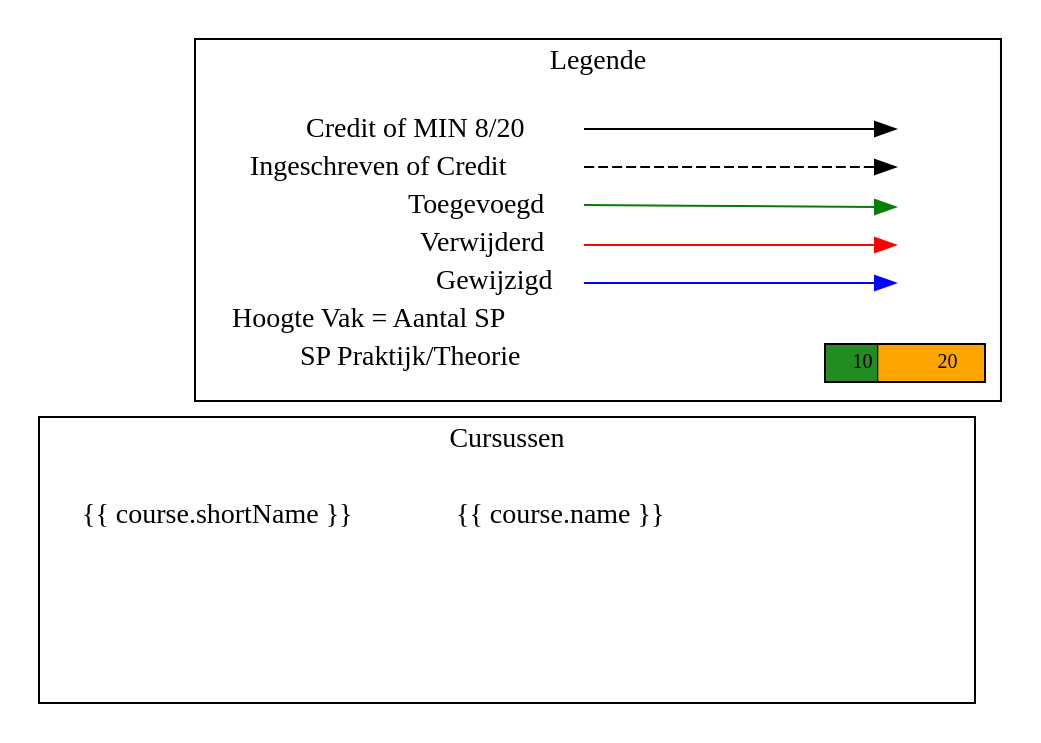
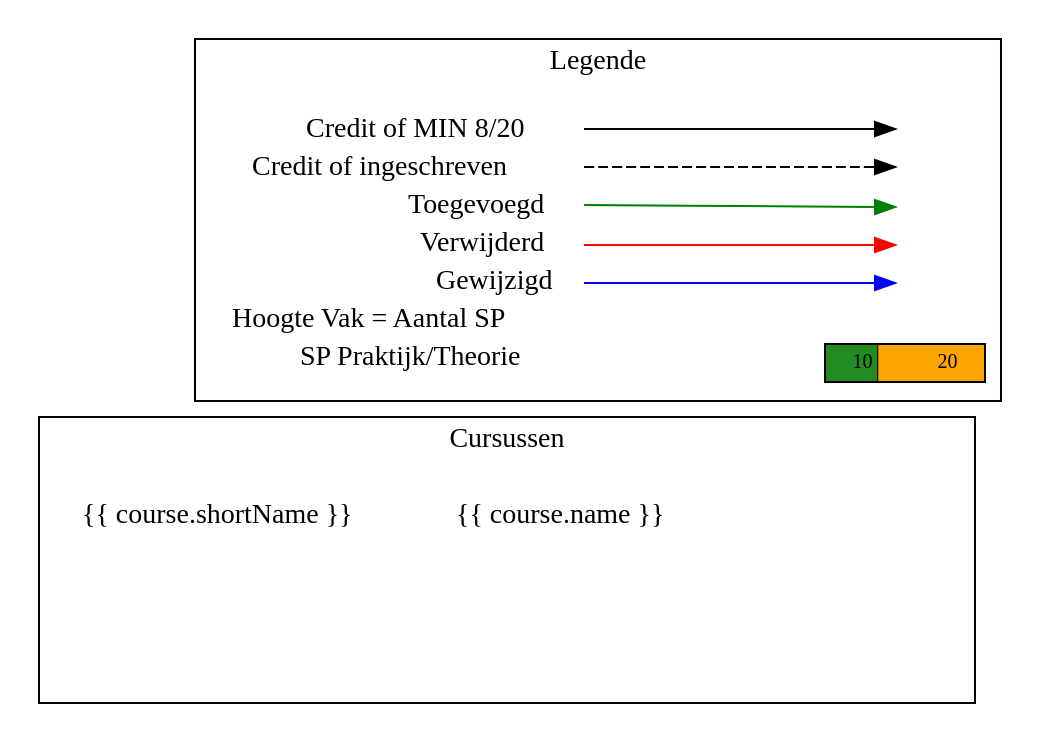
The diagram in 2018-2019/Studieprogramma/source/templates/legend.dot (JoeyDP/OC), drawn with Graphviz before and after one commit. The commit also changed 11 other files, not shown here.

```diff
--- a/2018-2019/Studieprogramma/source/templates/legend.dot
+++ b/2018-2019/Studieprogramma/source/templates/legend.dot
@@ -1,52 +1,52 @@
 digraph {
   rankdir=LR
   node [shape=plaintext]
 
   subgraph cluster_courses {
     label = "Cursussen";
     courses [label=<<table border="0" cellpadding="5" cellspacing="0" cellborder="0">
     {% for course in courses %}
       <tr><td align="left" port="i1">{{ course.shortName }}</td><td align="left">{{ course.name }}</td></tr>
     {% endfor %}
       </table>>]
     key3 [label=<<table border="0" cellpadding="2" cellspacing="0" cellborder="0">
       <tr><td port="i1">&nbsp;</td></tr>
       <tr><td port="i2">&nbsp;</td></tr>
       <tr><td port="i3">&nbsp;</td></tr>
       <tr><td port="i4">&nbsp;</td></tr>
       <tr><td port="i5">&nbsp;</td></tr>
       </table>>]
 
     # fix placement a bit
     courses:i1:e -> key3:i1:w [style=invis]
   }
 
   subgraph cluster_legend {
     label = "Legende";
     key [label=<<table border="0" cellpadding="2" cellspacing="0" cellborder="0">
       <tr><td align="right" port="i1">Credit of MIN 8/20</td></tr>
-      <tr><td align="right" port="i2">Ingeschreven of Credit</td></tr>
+      <tr><td align="right" port="i2">Credit of ingeschreven</td></tr>
       <tr><td align="right" port="i3">Toegevoegd</td></tr>
       <tr><td align="right" port="i4">Verwijderd</td></tr>
       <tr><td align="right" port="i5">Gewijzigd</td></tr>
       <tr><td align="right" port="i6">Hoogte Vak = Aantal SP</td></tr>
       <tr><td align="right" port="i7">SP Praktijk/Theorie</td></tr>
       </table>>]
     key2 [label=<<table border="0" cellpadding="2" cellspacing="0" cellborder="0">
       <tr><td port="i1">&nbsp;</td></tr>
       <tr><td port="i2">&nbsp;</td></tr>
       <tr><td port="i3">&nbsp;</td></tr>
       <tr><td port="i4">&nbsp;</td></tr>
       <tr><td port="i5">&nbsp;</td></tr>
       </table>>]
     key:i1:e -> key2:i1:w []
     key:i2:e -> key2:i2:w [style=dashed]
     key:i3:e -> key2:i3:w [color=green]
     key:i4:e -> key2:i4:w [color=red]
     key:i5:e -> key2:i5:w [color=blue]
 
     sp_ratio [shape=rect, fontsize=10, height=0.10, style=striped, color="forestgreen;0.33:orange", label="10             20"]
     key:i7 -> sp_ratio [style=invis]
   }
 
 }
```
